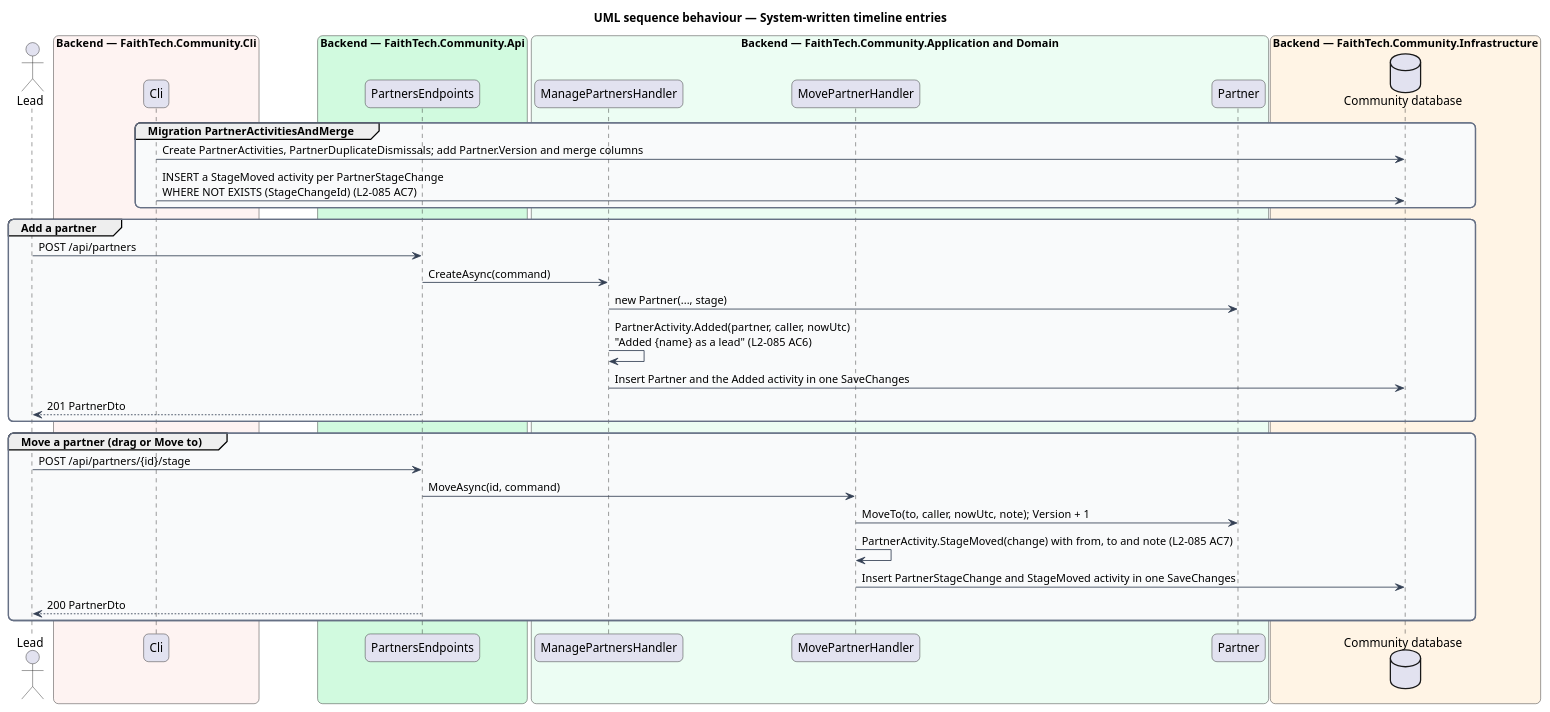
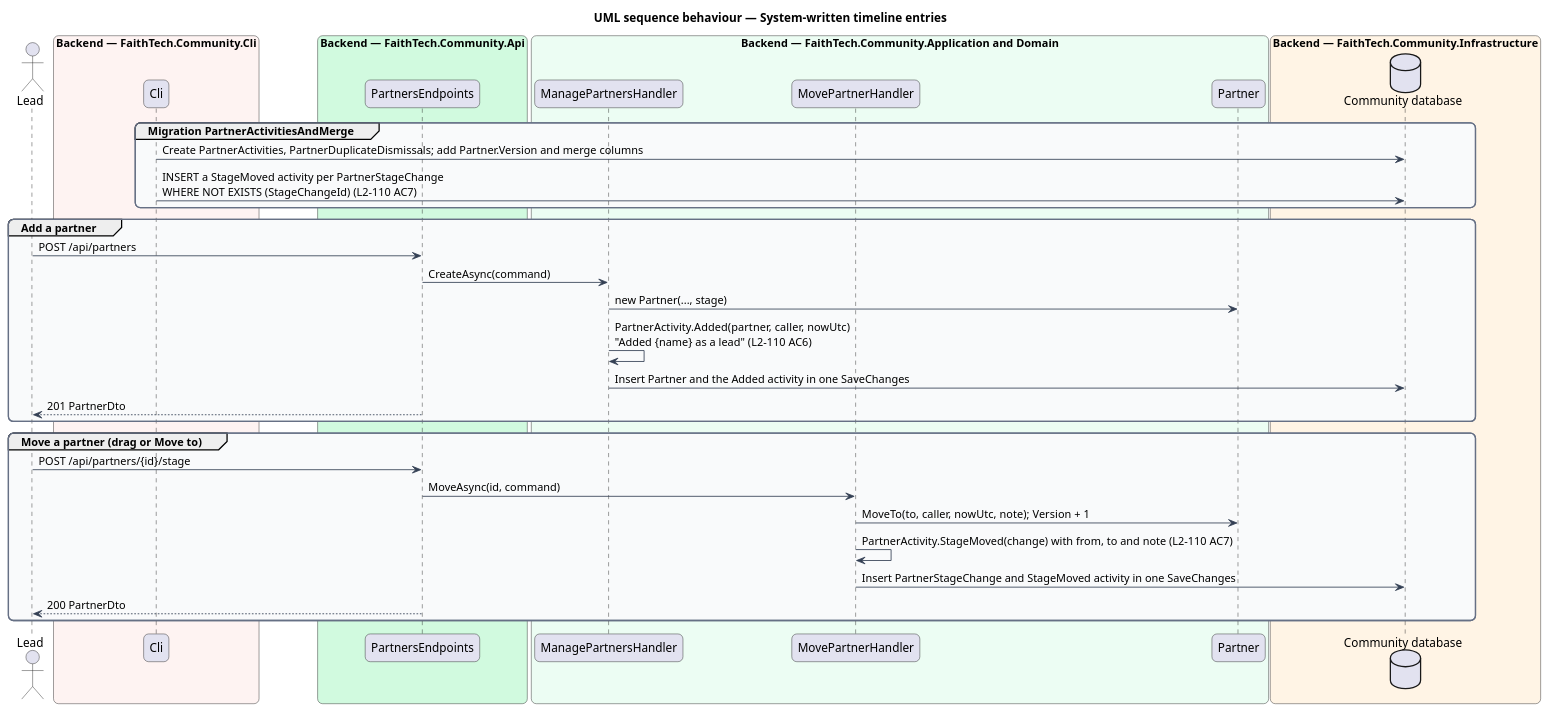
Before and after one commit to QuinntyneBrown/faithtech-community: the diagram in docs/detailed-designs/partners/partner-activity-timeline/diagrams/sequence-system-entries.puml, drawn with PlantUML. The commit also changed 243 other files, not shown here.

```diff
--- a/docs/detailed-designs/partners/partner-activity-timeline/diagrams/sequence-system-entries.puml
+++ b/docs/detailed-designs/partners/partner-activity-timeline/diagrams/sequence-system-entries.puml
@@ -1,52 +1,52 @@
 @startuml
 title UML sequence behaviour — System-written timeline entries
 skinparam backgroundColor #FFFFFF
 skinparam shadowing false
 skinparam roundcorner 12
 skinparam defaultFontName Arial
 skinparam ArrowColor #344054
 skinparam rectangle {
   BorderColor #344054
   FontColor #101828
 }
 skinparam package {
   BorderColor #667085
   FontColor #101828
   BackgroundColor #F9FAFB
 }
 actor "Lead" as actor
 box "Backend — FaithTech.Community.Cli" #FEF3F2
   participant "Cli" as cli
 end box
 box "Backend — FaithTech.Community.Api" #D1FADF
   participant "PartnersEndpoints" as ep
 end box
 box "Backend — FaithTech.Community.Application and Domain" #ECFDF3
   participant "ManagePartnersHandler" as mh
   participant "MovePartnerHandler" as mv
   participant "Partner" as ent
 end box
 box "Backend — FaithTech.Community.Infrastructure" #FFF4E5
   database "Community database" as db
 end box
 group Migration PartnerActivitiesAndMerge
   cli -> db : Create PartnerActivities, PartnerDuplicateDismissals; add Partner.Version and merge columns
-  cli -> db : INSERT a StageMoved activity per PartnerStageChange\nWHERE NOT EXISTS (StageChangeId) (L2-085 AC7)
+  cli -> db : INSERT a StageMoved activity per PartnerStageChange\nWHERE NOT EXISTS (StageChangeId) (L2-110 AC7)
 end
 group Add a partner
   actor -> ep : POST /api/partners
   ep -> mh : CreateAsync(command)
   mh -> ent : new Partner(..., stage)
-  mh -> mh : PartnerActivity.Added(partner, caller, nowUtc)\n"Added {name} as a lead" (L2-085 AC6)
+  mh -> mh : PartnerActivity.Added(partner, caller, nowUtc)\n"Added {name} as a lead" (L2-110 AC6)
   mh -> db : Insert Partner and the Added activity in one SaveChanges
   ep --> actor : 201 PartnerDto
 end
 group Move a partner (drag or Move to)
   actor -> ep : POST /api/partners/{id}/stage
   ep -> mv : MoveAsync(id, command)
   mv -> ent : MoveTo(to, caller, nowUtc, note); Version + 1
-  mv -> mv : PartnerActivity.StageMoved(change) with from, to and note (L2-085 AC7)
+  mv -> mv : PartnerActivity.StageMoved(change) with from, to and note (L2-110 AC7)
   mv -> db : Insert PartnerStageChange and StageMoved activity in one SaveChanges
   ep --> actor : 200 PartnerDto
 end
 @enduml
```
